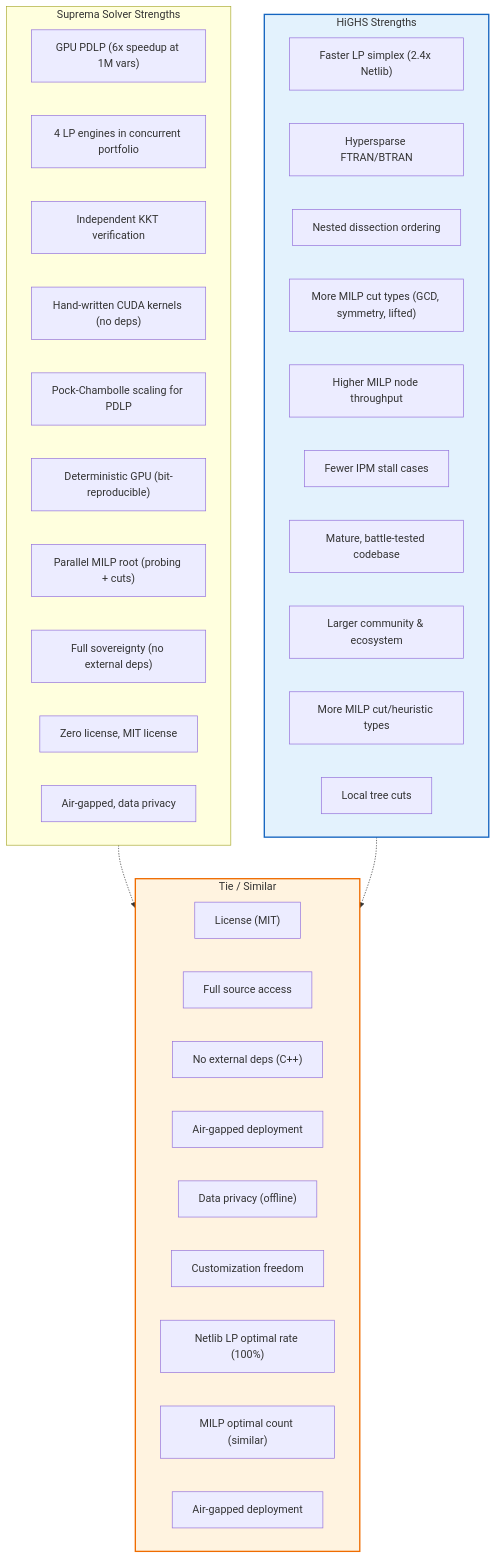
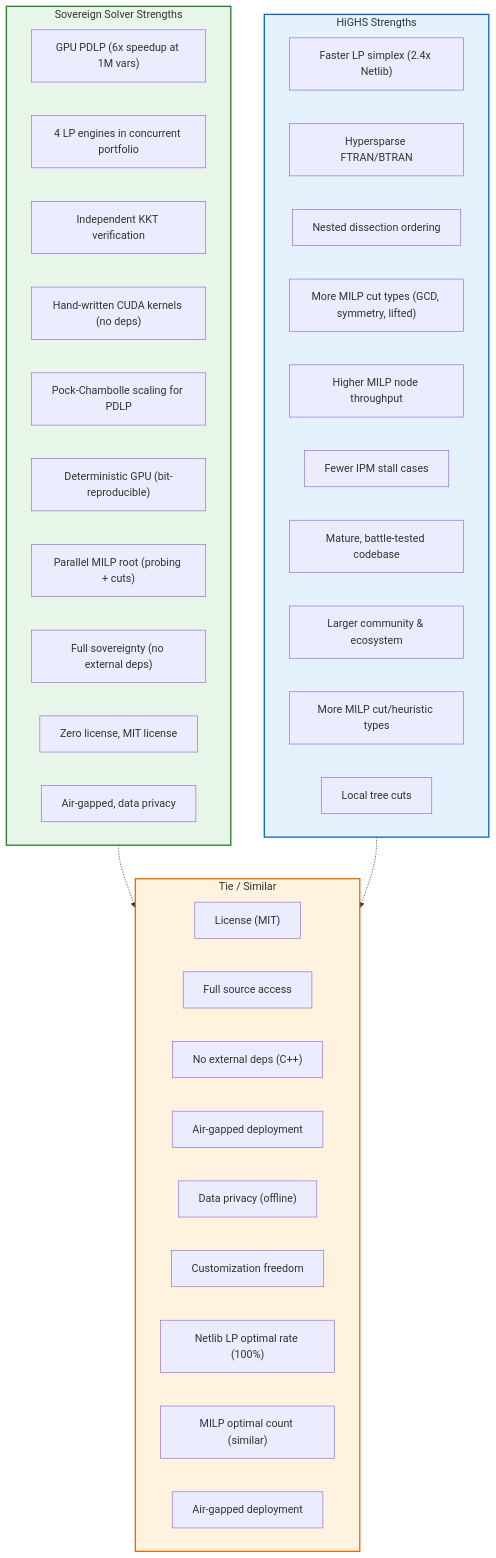
The second of 7 diagrams in README.md (TANESHDEVHARE/Team-Suprema), drawn with Mermaid before and after one commit. The commit also changed other lines of this file and 41 other files, not shown here.

````diff
--- a/README.md
+++ b/README.md
@@ -734,51 +376,51 @@
 ```mermaid
 graph TB
-    subgraph SUPREMA["Suprema Solver Strengths"]
+    subgraph SOVEREIGN["Sovereign Solver Strengths"]
         S1["GPU PDLP (6x speedup at 1M vars)"]
         S2["4 LP engines in concurrent portfolio"]
         S3["Independent KKT verification"]
         S4["Hand-written CUDA kernels (no deps)"]
         S5["Pock-Chambolle scaling for PDLP"]
         S6["Deterministic GPU (bit-reproducible)"]
         S7["Parallel MILP root (probing + cuts)"]
         S8["Full sovereignty (no external deps)"]
         S9["Zero license, MIT license"]
         S10["Air-gapped, data privacy"]
     end
     
     subgraph HIGHGHS["HiGHS Strengths"]
         H1["Faster LP simplex (2.4x Netlib)"]
         H2["Hypersparse FTRAN/BTRAN"]
         H3["Nested dissection ordering"]
         H3b["More MILP cut types (GCD, symmetry, lifted)"]
         H4["Higher MILP node throughput"]
         H5["Fewer IPM stall cases"]
         H6["Mature, battle-tested codebase"]
         H7["Larger community & ecosystem"]
         H8["More MILP cut/heuristic types"]
         H9["Local tree cuts"]
     end
     
     subgraph TIED["Tie / Similar"]
         T1["License (MIT)"]
         T2["Full source access"]
         T3["No external deps (C++)"]
         T4["Air-gapped deployment"]
         T5["Data privacy (offline)"]
         T6["Customization freedom"]
         T7["Netlib LP optimal rate (100%)"]
         T8["MILP optimal count (similar)"]
         T9["Air-gapped deployment"]
     end
     
-    SUPREMA -.-> TIED
+    SOVEREIGN -.-> TIED
     HIGHGHS -.-> TIED
     
     classDef sov fill:#e8f5e9,stroke:#2e7d32,stroke-width:2px
     classDef high fill:#e3f2fd,stroke:#1565c0,stroke-width:2px
     classDef tie fill:#fff3e0,stroke:#ef6c00,stroke-width:2px
     
     class SOVEREIGN sov
     class HIGHGHS high
     class TIED tie
 ```
````
